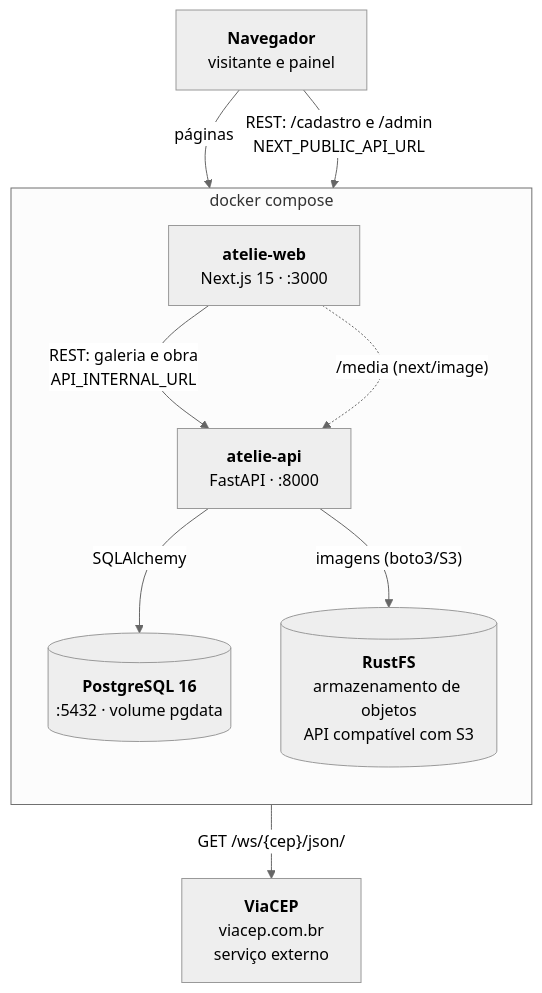
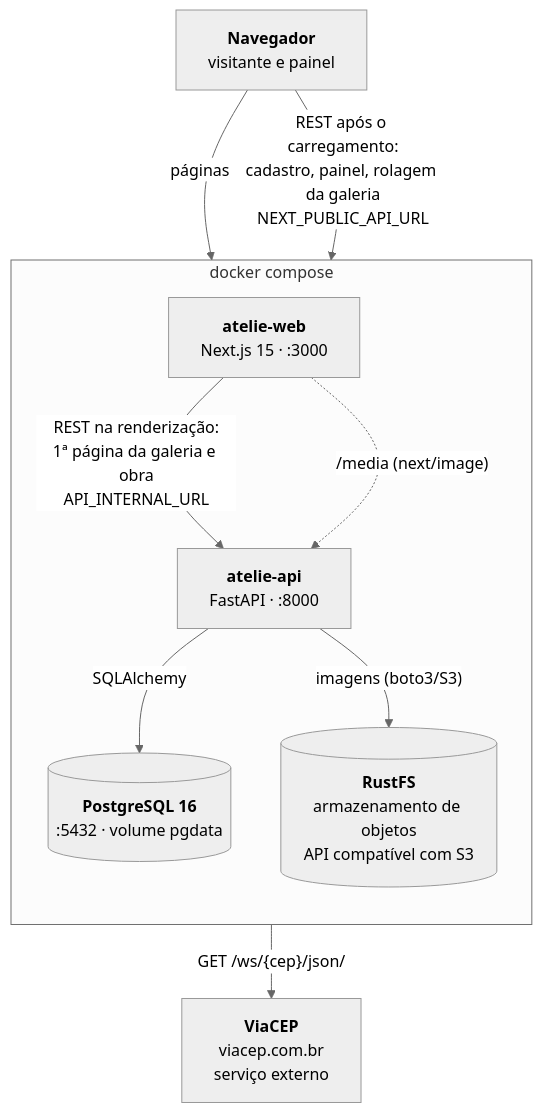
The diagram in README.md (ttozatto/atelie-web), drawn with Mermaid before and after one commit. The commit also changed other lines of this file and 2 other files, not shown here.

First line of the commit message:
chore: diagrama e README refletem os dois caminhos da galeria

````diff
--- a/README.md
+++ b/README.md
@@ -15,23 +15,23 @@
 ```mermaid
 %%{init: {"theme": "neutral", "flowchart": {"curve": "basis", "padding": 16}}}%%
 flowchart TB
     browser["<b>Navegador</b><br/>visitante e painel"]
 
     subgraph compose["docker compose"]
         direction TB
         web["<b>atelie-web</b><br/>Next.js 15 · :3000"]
         api["<b>atelie-api</b><br/>FastAPI · :8000"]
         db[("<b>PostgreSQL 16</b><br/>:5432 · volume pgdata")]
         storage[("<b>RustFS</b><br/>armazenamento de objetos<br/>API compatível com S3")]
     end
 
     viacep["<b>ViaCEP</b><br/>viacep.com.br<br/>serviço externo"]
 
     browser -- "páginas" --> web
-    browser -- "REST: /cadastro e /admin<br/>NEXT_PUBLIC_API_URL" --> api
-    web -- "REST: galeria e obra<br/>API_INTERNAL_URL" --> api
+    browser -- "REST após o carregamento:<br/>cadastro, painel, rolagem da galeria<br/>NEXT_PUBLIC_API_URL" --> api
+    web -- "REST na renderização:<br/>1ª página da galeria e obra<br/>API_INTERNAL_URL" --> api
     web -. "/media (next/image)" .-> api
     api -- "SQLAlchemy" --> db
     api -- "imagens (boto3/S3)" --> storage
     api -- "GET /ws/{cep}/json/" --> viacep
 ```
````
